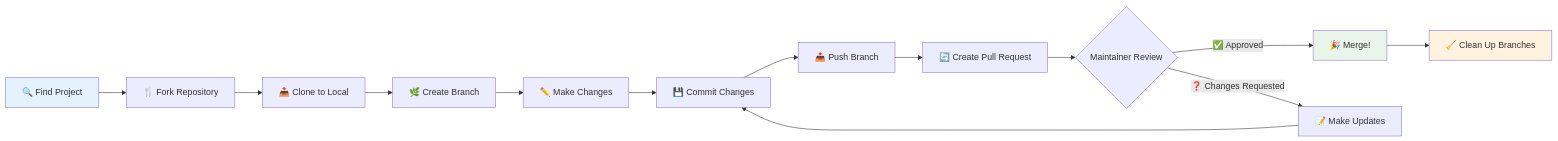
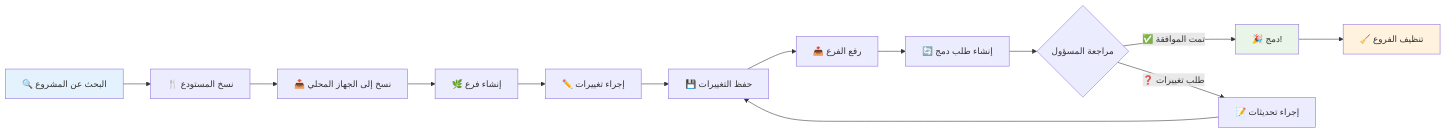
One commit to microsoft/Web-Dev-For-Beginners changed the fourth of 7 diagrams in translations/ar/1-getting-started-lessons/2-github-basics/README.md. Above: the diagram before and after it, drawn with Mermaid. The commit also changed other lines of this file and 11 other files, not shown here.

````diff
--- a/translations/ar/1-getting-started-lessons/2-github-basics/README.md
+++ b/translations/ar/1-getting-started-lessons/2-github-basics/README.md
@@ -391,19 +389,19 @@
 ```mermaid
 flowchart LR
-    A[🔍 Find Project] --> B[🍴 Fork Repository]
-    B --> C[📥 Clone to Local]
-    C --> D[🌿 Create Branch]
-    D --> E[✏️ Make Changes]
-    E --> F[💾 Commit Changes]
-    F --> G[📤 Push Branch]
-    G --> H[🔄 Create Pull Request]
-    H --> I{Maintainer Review}
-    I -->|✅ Approved| J[🎉 Merge!]
-    I -->|❓ Changes Requested| K[📝 Make Updates]
+    A[🔍 البحث عن المشروع] --> B[🍴 نسخ المستودع]
+    B --> C[📥 نسخ إلى الجهاز المحلي]
+    C --> D[🌿 إنشاء فرع]
+    D --> E[✏️ إجراء تغييرات]
+    E --> F[💾 حفظ التغييرات]
+    F --> G[📤 رفع الفرع]
+    G --> H[🔄 إنشاء طلب دمج]
+    H --> I{مراجعة المسؤول}
+    I -->|✅ تمت الموافقة| J[🎉 دمج!]
+    I -->|❓ طلب تغييرات| K[📝 إجراء تحديثات]
     K --> F
-    J --> L[🧹 Clean Up Branches]
+    J --> L[🧹 تنظيف الفروع]
     
     style A fill:#e3f2fd
     style J fill:#e8f5e8
     style L fill:#fff3e0
 ```
````
